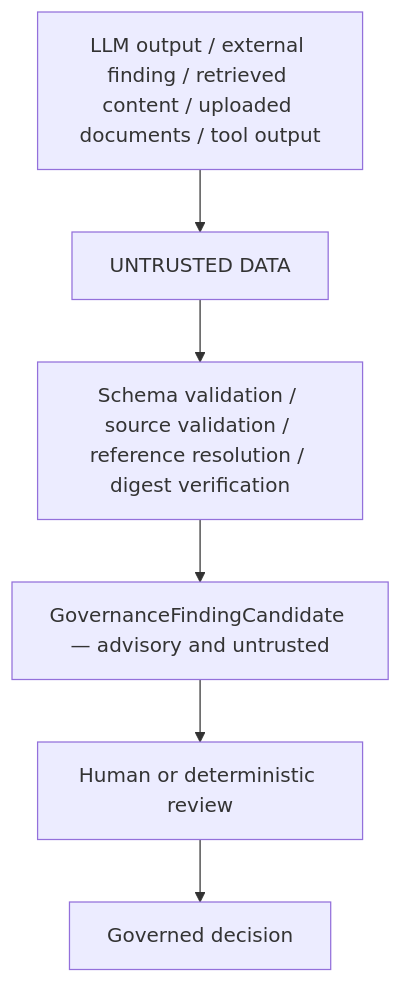
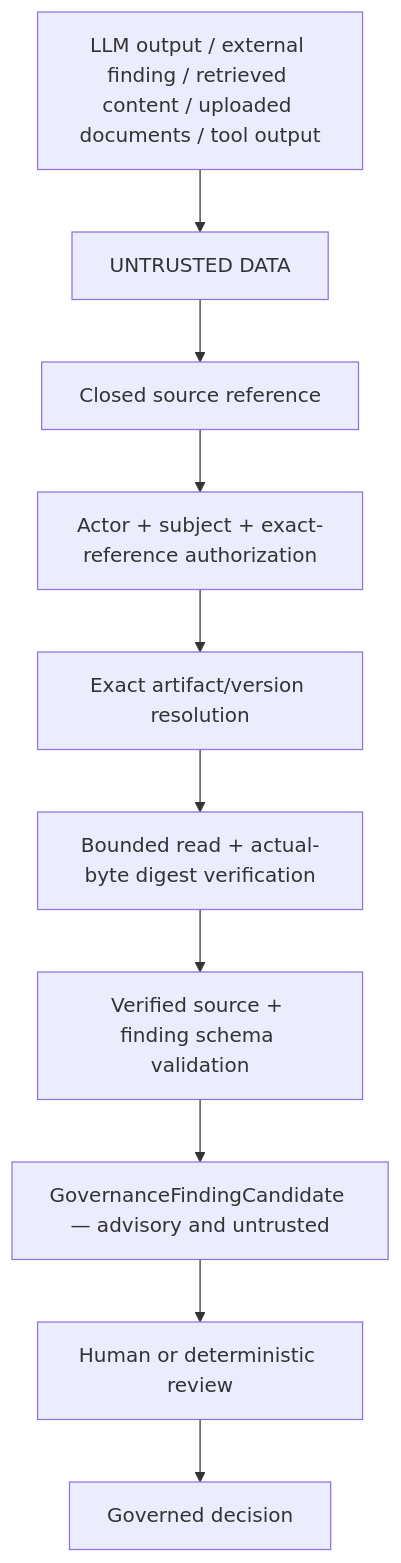
The second of 2 diagrams in docs/architecture/TRUST_BOUNDARIES.md (brunovicco/verifiable-ai-governance), drawn with Mermaid before and after one commit. The commit also changed other lines of this file and 11 other files, not shown here.

Commit message:
feat: establish governed knowledge source verification (#111)

````diff
--- a/docs/architecture/TRUST_BOUNDARIES.md
+++ b/docs/architecture/TRUST_BOUNDARIES.md
@@ -115,9 +116,13 @@
 ```mermaid
 flowchart TD
   INPUT["LLM output / external finding / retrieved content / uploaded documents / tool output"]
   INPUT --> UNTRUSTED["UNTRUSTED DATA"]
-  UNTRUSTED --> VALIDATE["Schema validation / source validation / reference resolution / digest verification"]
+  UNTRUSTED --> REFERENCE["Closed source reference"]
+  REFERENCE --> AUTHORIZE["Actor + subject + exact-reference authorization"]
+  AUTHORIZE --> RESOLVE["Exact artifact/version resolution"]
+  RESOLVE --> VERIFY["Bounded read + actual-byte digest verification"]
+  VERIFY --> VALIDATE["Verified source + finding schema validation"]
   VALIDATE --> CANDIDATE["GovernanceFindingCandidate — advisory and untrusted"]
   CANDIDATE --> REVIEW["Human or deterministic review"]
   REVIEW --> DECISION["Governed decision"]
 ```
````
